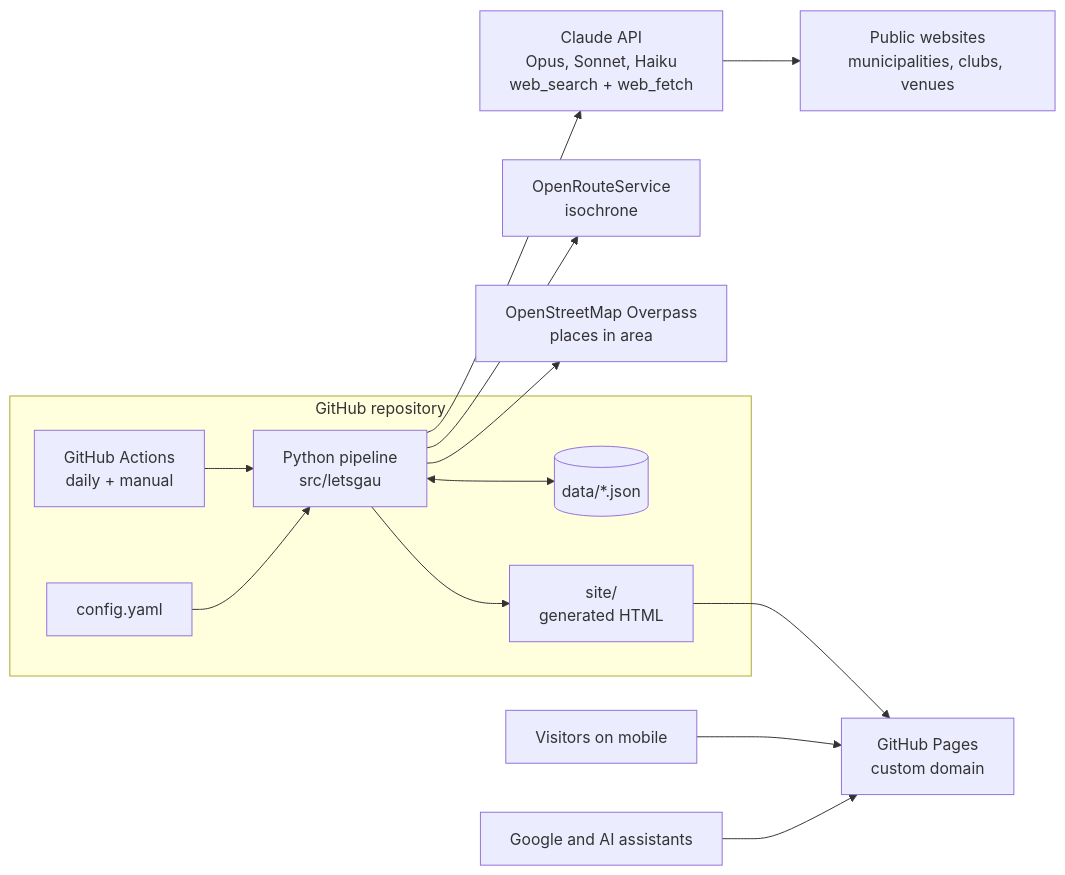
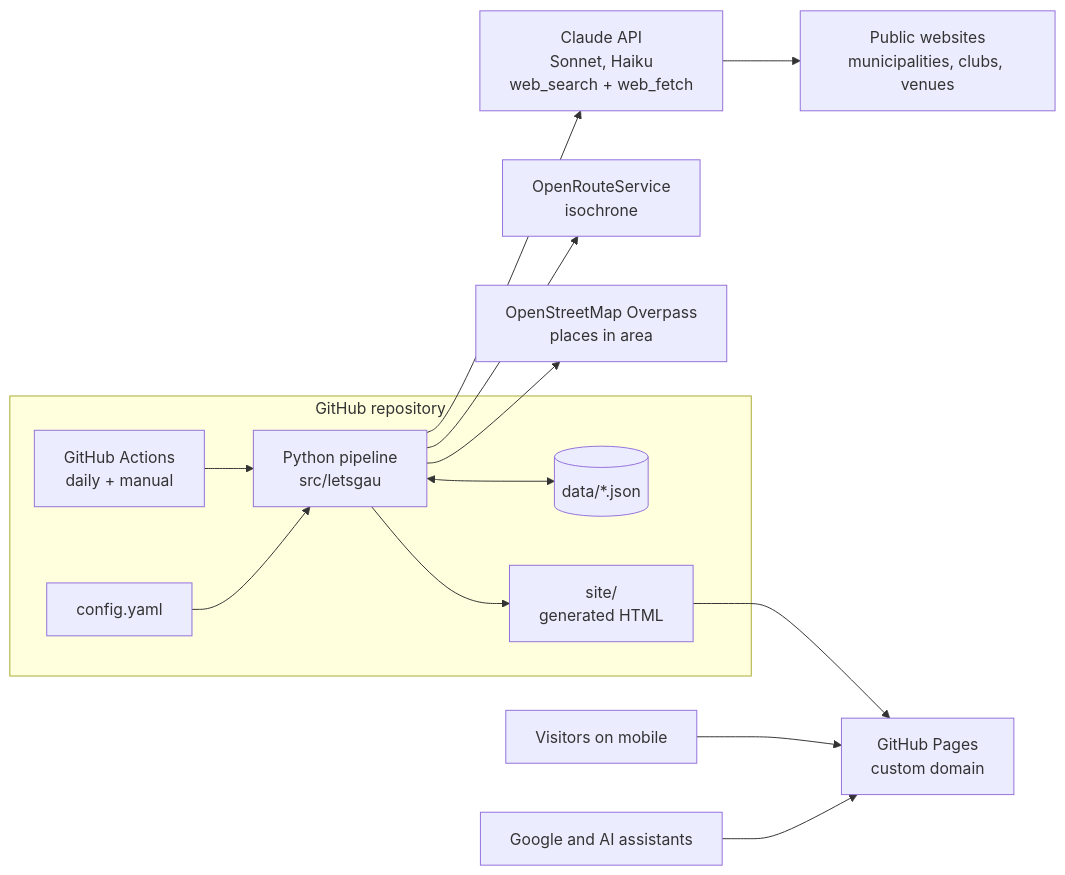
One commit to mat-los/letsgau changed the first of 3 diagrams in docs/CONCEPT.md. Above: the diagram before and after it, drawn with Mermaid. The commit also changed other lines of this file and 2 other files, not shown here.

First line of the commit message:
docs(concept): discovery runs on Sonnet, not Opus

````diff
--- a/docs/CONCEPT.md
+++ b/docs/CONCEPT.md
@@ -34,28 +34,28 @@
 ```mermaid
 flowchart LR
   subgraph REPO["GitHub repository"]
     CFG["config.yaml"]
     WF["GitHub Actions<br/>daily + manual"]
     PY["Python pipeline<br/>src/letsgau"]
     DATA[("data/*.json")]
     SITE["site/<br/>generated HTML"]
   end
   ORS["OpenRouteService<br/>isochrone"]
   OSM["OpenStreetMap Overpass<br/>places in area"]
-  CL["Claude API<br/>Opus, Sonnet, Haiku<br/>web_search + web_fetch"]
+  CL["Claude API<br/>Sonnet, Haiku<br/>web_search + web_fetch"]
   WEB["Public websites<br/>municipalities, clubs, venues"]
   PAGES["GitHub Pages<br/>custom domain"]
   U["Visitors on mobile"]
   AI["Google and AI assistants"]
   WF --> PY
   CFG --> PY
   PY <--> DATA
   PY --> ORS
   PY --> OSM
   PY --> CL
   CL --> WEB
   PY --> SITE
   SITE --> PAGES
   U --> PAGES
   AI --> PAGES
 ```
````
